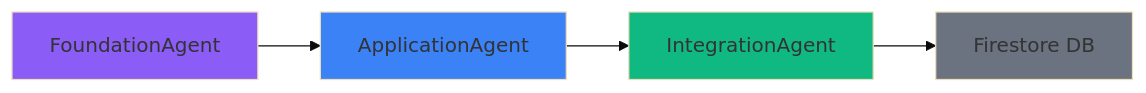
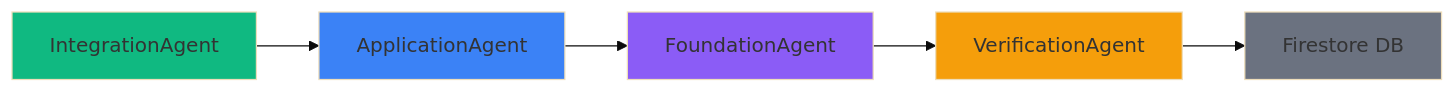
Before and after one commit to gwakdaeyun7-hub/Ailon: the diagram in docs/feature2_academic_snaps.md, drawn with Mermaid (base theme). The commit also changed other lines of this file and 4 other files, not shown here.

````diff
--- a/docs/feature2_academic_snaps.md
+++ b/docs/feature2_academic_snaps.md
@@ -54,11 +54,13 @@
 ```mermaid
 graph LR
-    A[FoundationAgent] --> B[ApplicationAgent]
-    B --> C[IntegrationAgent]
-    C --> D[Firestore DB]
+    A[IntegrationAgent] --> B[ApplicationAgent]
+    B --> C[FoundationAgent]
+    C --> D[VerificationAgent]
+    D --> E[Firestore DB]
     
-    style A fill:#8B5CF6
+    style A fill:#10B981
     style B fill:#3B82F6
-    style C fill:#10B981
-    style D fill:#6B7280
+    style C fill:#8B5CF6
+    style D fill:#F59E0B
+    style E fill:#6B7280
 ```
````
